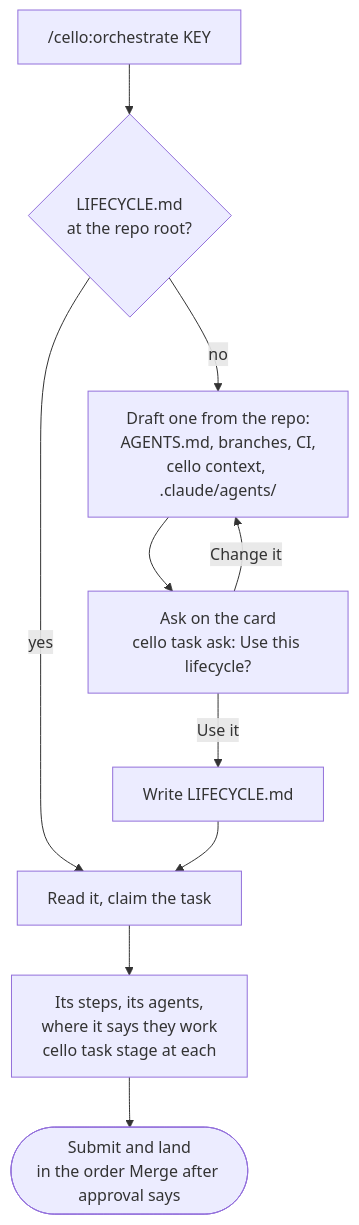
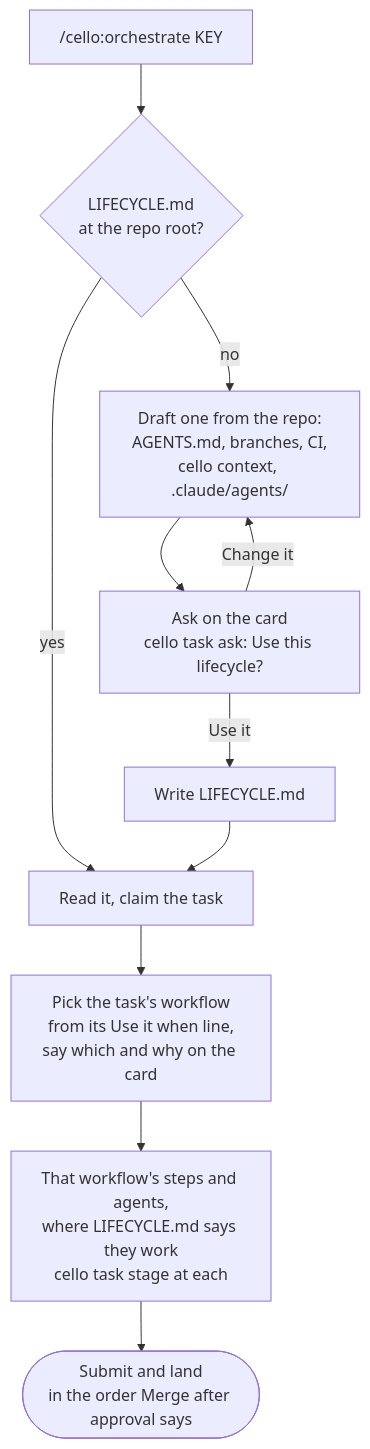
One commit to lnmunhoz/cello changed the second of 2 diagrams in docs/cli.md. Above: the diagram before and after it, drawn with Mermaid. The commit also changed other lines of this file and 8 other files, not shown here.

First line of the commit message:
feat(plugin): LIFECYCLE.md lists named workflows; orchestrate picks one per task and says which on the card (CEL-168)

````diff
--- a/docs/cli.md
+++ b/docs/cli.md
@@ -966,12 +966,13 @@
 ```mermaid
 flowchart TD
     A["/cello:orchestrate KEY"] --> B{"LIFECYCLE.md<br/>at the repo root?"}
     B -->|yes| R["Read it, claim the task"]
     B -->|no| D["Draft one from the repo:<br/>AGENTS.md, branches, CI,<br/>cello context, .claude/agents/"]
     D --> Q["Ask on the card<br/>cello task ask: Use this lifecycle?"]
     Q -->|Change it| D
     Q -->|Use it| W["Write LIFECYCLE.md"]
     W --> R
-    R --> S["Its steps, its agents,<br/>where it says they work<br/>cello task stage at each"]
+    R --> P["Pick the task's workflow<br/>from its Use it when line,<br/>say which and why on the card"]
+    P --> S["That workflow's steps and agents,<br/>where LIFECYCLE.md says they work<br/>cello task stage at each"]
     S --> L(["Submit and land<br/>in the order Merge after approval says"])
 ```
````
